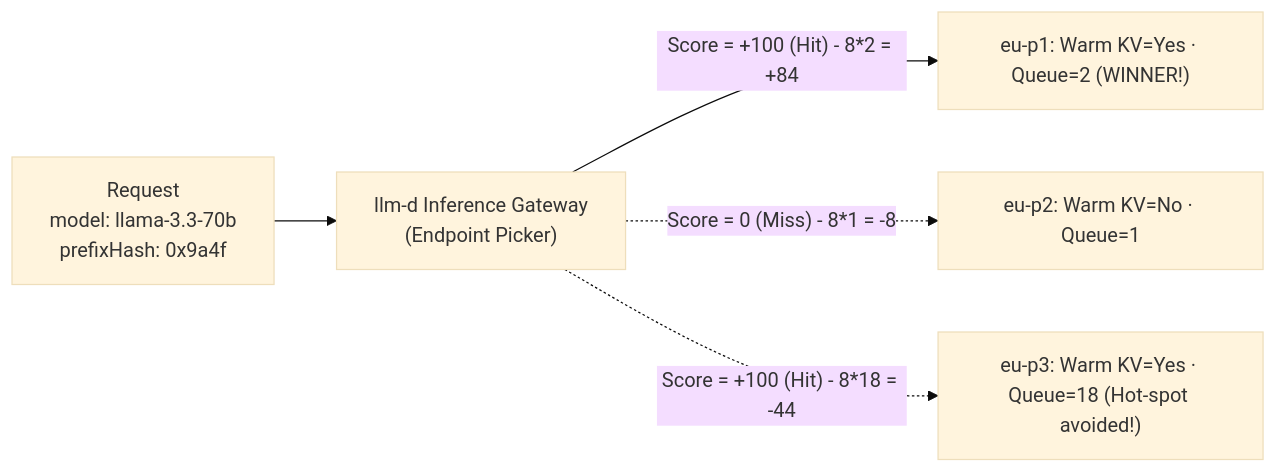
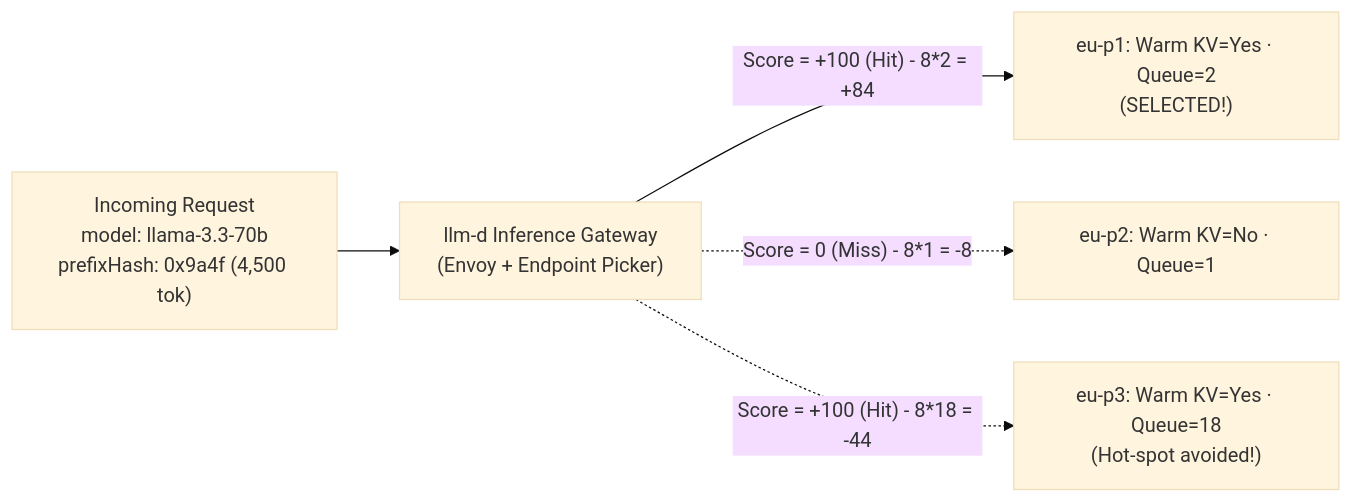
The first of 2 diagrams in Lecture 40 - Distributed Inference SGLang llm-d and Dynamo/notes/04_Model_Aware_and_Prefix_Affinity_Routing_llmd.md (Amie-dev/FDE-and-GenAI-Mastery), drawn with Mermaid (base theme) before and after one commit. The commit also changed other lines of this file and 92 other files, not shown here.

````diff
--- a/Lecture 40 - Distributed Inference SGLang llm-d and Dynamo/notes/04_Model_Aware_and_Prefix_Affinity_Routing_llmd.md
+++ b/Lecture 40 - Distributed Inference SGLang llm-d and Dynamo/notes/04_Model_Aware_and_Prefix_Affinity_Routing_llmd.md
@@ -26,7 +31,7 @@
 ```mermaid
 flowchart LR
-    Req["Request<br/>model: llama-3.3-70b<br/>prefixHash: 0x9a4f"] --> GW["llm-d Inference Gateway<br/>(Endpoint Picker)"]
-    GW -->|"Score = +100 (Hit) - 8*2 = +84"| N1["eu-p1: Warm KV=Yes · Queue=2 (WINNER!)"]
+    Req["Incoming Request<br/>model: llama-3.3-70b<br/>prefixHash: 0x9a4f (4,500 tok)"] --> GW["llm-d Inference Gateway<br/>(Envoy + Endpoint Picker)"]
+    GW -->|"Score = +100 (Hit) - 8*2 = +84"| N1["eu-p1: Warm KV=Yes · Queue=2<br/>(SELECTED!)"]
     GW -.->|"Score = 0 (Miss) - 8*1 = -8"| N2["eu-p2: Warm KV=No · Queue=1"]
-    GW -.->|"Score = +100 (Hit) - 8*18 = -44"| N3["eu-p3: Warm KV=Yes · Queue=18 (Hot-spot avoided!)"]
+    GW -.->|"Score = +100 (Hit) - 8*18 = -44"| N3["eu-p3: Warm KV=Yes · Queue=18<br/>(Hot-spot avoided!)"]
 ```
````
